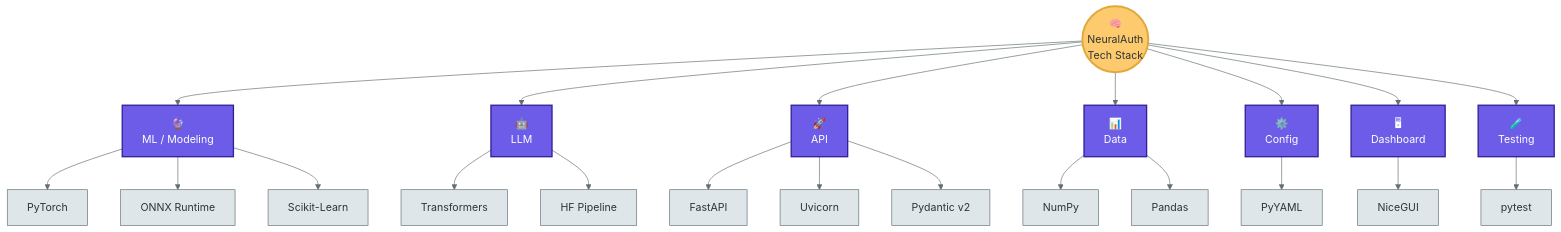
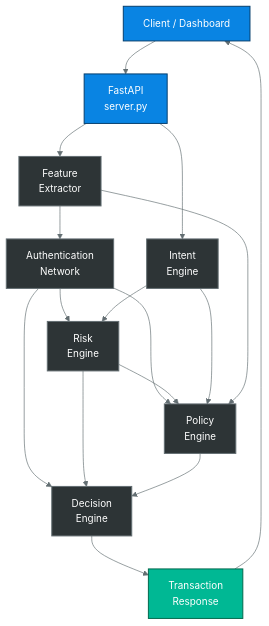
One commit to couder-04/NeuralAuth changed the diagram in README.md. Above: the diagram before and after it, drawn with Mermaid. The commit also changed other lines of this file and 4 other files, not shown here.

````diff
--- a/README.md
+++ b/README.md
@@ -700,40 +59,31 @@
 ```mermaid
-%%{init: {'theme':'base', 'themeVariables': {'primaryColor':'#fdcb6e','primaryTextColor':'#2d3436','primaryBorderColor':'#e1a83c','lineColor':'#636e72'}}}%%
+%%{init: {'theme':'base', 'themeVariables': {'primaryColor':'#2d3436','primaryTextColor':'#fff','primaryBorderColor':'#636e72','lineColor':'#636e72','fontSize':'15px'}}}%%
 flowchart TD
-    Root(("🧠<br/>NeuralAuth<br/>Tech Stack"))
+    Client["Client / Dashboard"] --> API["FastAPI<br/>server.py"]
 
-    Root --> ML["🔮<br/>ML / Modeling"]
-    ML --> ML1["PyTorch"]
-    ML --> ML2["ONNX Runtime"]
-    ML --> ML3["Scikit-Learn"]
+    API --> FE["Feature<br/>Extractor"]
+    API --> IE["Intent<br/>Engine"]
 
-    Root --> LLM["🤖<br/>LLM"]
-    LLM --> LLM1["Transformers"]
-    LLM --> LLM2["HF Pipeline"]
+    FE --> NN["Authentication<br/>Network"]
+    NN --> RE["Risk<br/>Engine"]
+    IE --> RE
 
-    Root --> API2["🚀<br/>API"]
-    API2 --> API1["FastAPI"]
-    API2 --> API3["Uvicorn"]
-    API2 --> API4["Pydantic v2"]
+    NN --> PE["Policy<br/>Engine"]
+    RE --> PE
+    IE --> PE
+    FE --> PE
 
-    Root --> Data2["📊<br/>Data"]
-    Data2 --> Data1["NumPy"]
-    Data2 --> Data3["Pandas"]
+    NN --> DE["Decision<br/>Engine"]
+    RE --> DE
+    PE --> DE
 
-    Root --> Cfg2["⚙️<br/>Config"]
-    Cfg2 --> Cfg1["PyYAML"]
+    DE --> Resp["Transaction<br/>Response"]
+    Resp --> Client
 
-    Root --> Dash2["🖥<br/>Dashboard"]
-    Dash2 --> Dash1["NiceGUI"]
+    classDef default fill:#2d3436,stroke:#636e72,color:#fff,stroke-width:1.5px
+    classDef entry fill:#0984e3,stroke:#053e6e,color:#fff,stroke-width:1.5px
+    classDef out fill:#00b894,stroke:#00694c,color:#fff,stroke-width:1.5px
 
-    Root --> Test2["🧪<br/>Testing"]
-    Test2 --> Test1["pytest"]
-
-    classDef root fill:#fdcb6e,stroke:#e1a83c,color:#2d3436,stroke-width:3px
-    classDef branch fill:#6c5ce7,stroke:#341f97,color:#fff,stroke-width:2px
-    classDef leaf fill:#dfe6e9,stroke:#636e72,color:#2d3436,stroke-width:1px
-
-    class Root root
-    class ML,LLM,API2,Data2,Cfg2,Dash2,Test2 branch
-    class ML1,ML2,ML3,LLM1,LLM2,API1,API3,API4,Data1,Data3,Cfg1,Dash1,Test1 leaf
+    class Client,API entry
+    class Resp out
 ```
````
